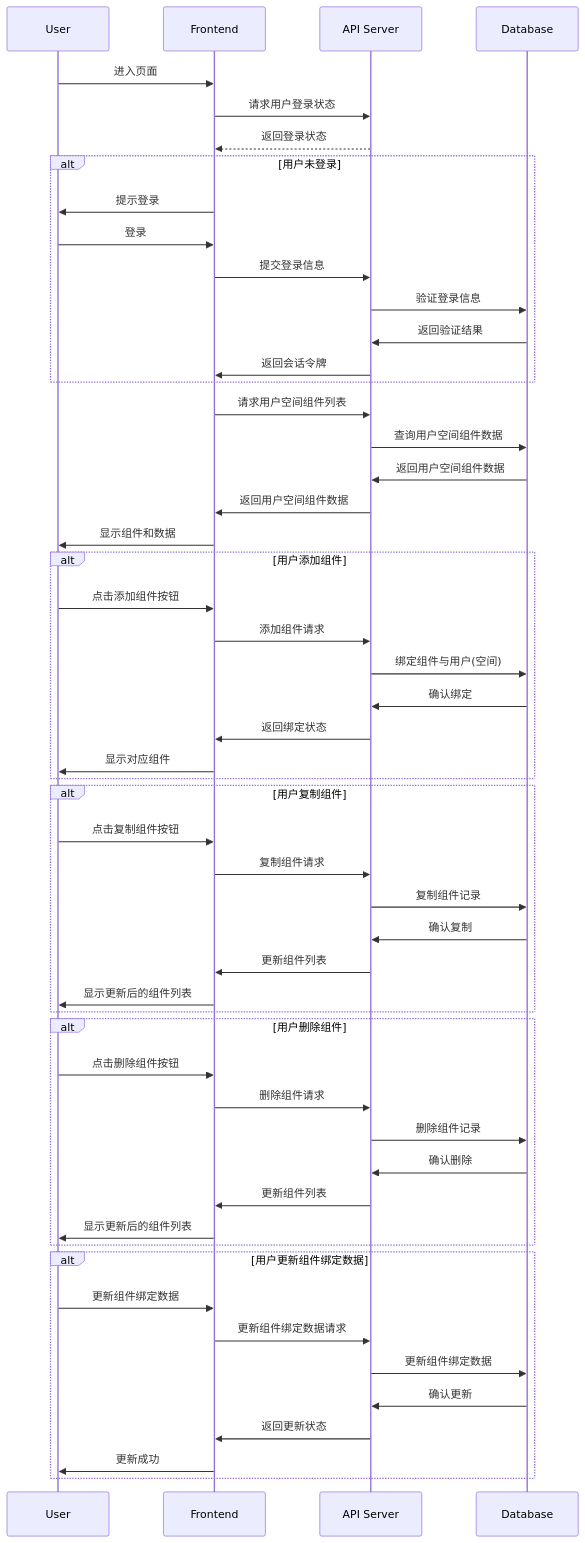
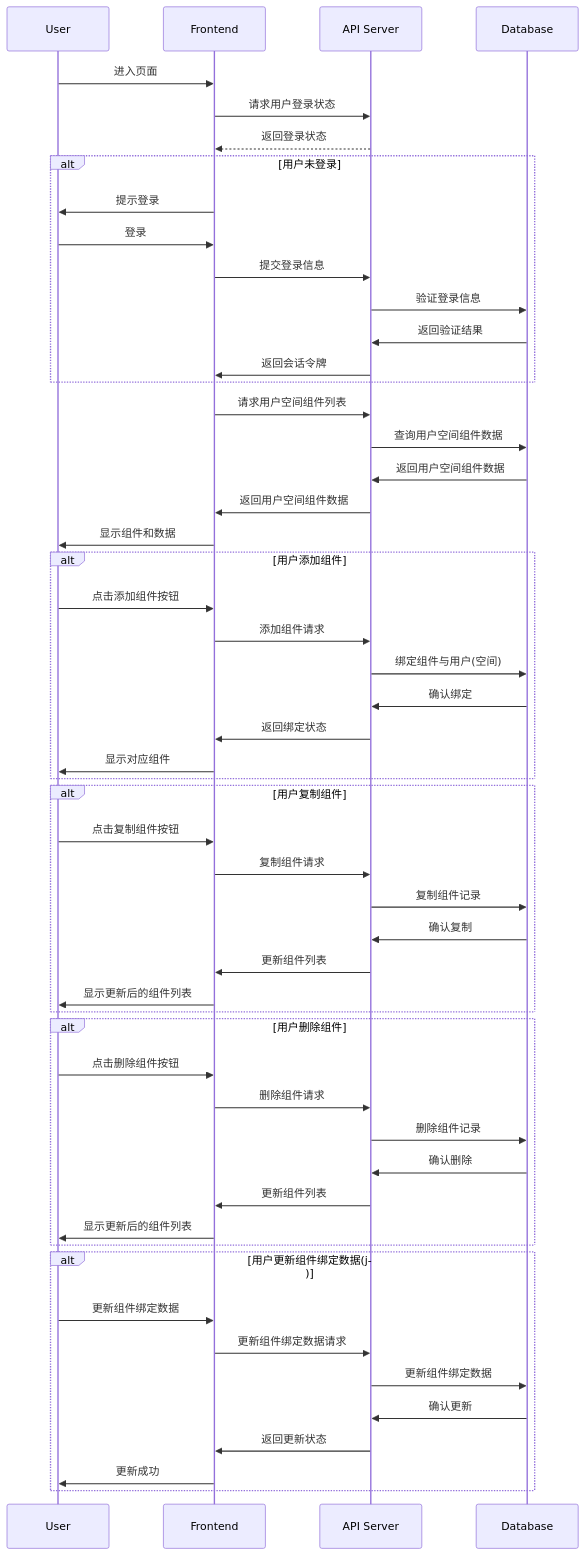
One commit to yingjianzh/iodraw-files changed the diagram in all/未命名-7.md. Above: the diagram before and after it, drawn with Mermaid.

Commit message:
2024-10-09 10:29:56 update

````diff
--- a/all/未命名-7.md
+++ b/all/未命名-7.md
@@ -1,62 +1,62 @@
 ```mermaid
 sequenceDiagram
     participant User
     participant Frontend
     participant API Server
     participant Database
 
     User->>Frontend: 进入页面
     Frontend->>API Server: 请求用户登录状态
     API Server-->>Frontend: 返回登录状态
     alt 用户未登录
         Frontend->>User: 提示登录
         User->>Frontend: 登录
         Frontend->>API Server: 提交登录信息
         API Server->>Database: 验证登录信息
         Database->>API Server: 返回验证结果
         API Server->>Frontend: 返回会话令牌
     end
 
     Frontend->>API Server: 请求用户空间组件列表
     API Server->>Database: 查询用户空间组件数据
     Database->>API Server: 返回用户空间组件数据
     API Server->>Frontend: 返回用户空间组件数据
     Frontend->>User: 显示组件和数据
 
     alt 用户添加组件
         User->>Frontend: 点击添加组件按钮
         Frontend->>API Server: 添加组件请求
         API Server->>Database: 绑定组件与用户(空间)
         Database->>API Server: 确认绑定
         API Server->>Frontend: 返回绑定状态
         Frontend->>User: 显示对应组件
     end
 
     alt 用户复制组件
         User->>Frontend: 点击复制组件按钮
         Frontend->>API Server: 复制组件请求
         API Server->>Database: 复制组件记录
         Database->>API Server: 确认复制
         API Server->>Frontend: 更新组件列表
         Frontend->>User: 显示更新后的组件列表
     end
 
     alt 用户删除组件
         User->>Frontend: 点击删除组件按钮
         Frontend->>API Server: 删除组件请求
         API Server->>Database: 删除组件记录
         Database->>API Server: 确认删除
         API Server->>Frontend: 更新组件列表
         Frontend->>User: 显示更新后的组件列表
     end
 
-    alt 用户更新组件绑定数据
+    alt 用户更新组件绑定数据(j)
         User->>Frontend: 更新组件绑定数据
         Frontend->>API Server: 更新组件绑定数据请求
         API Server->>Database: 更新组件绑定数据
         Database->>API Server: 确认更新
         API Server->>Frontend: 返回更新状态
         Frontend->>User: 更新成功
     end
 
 ```
````
